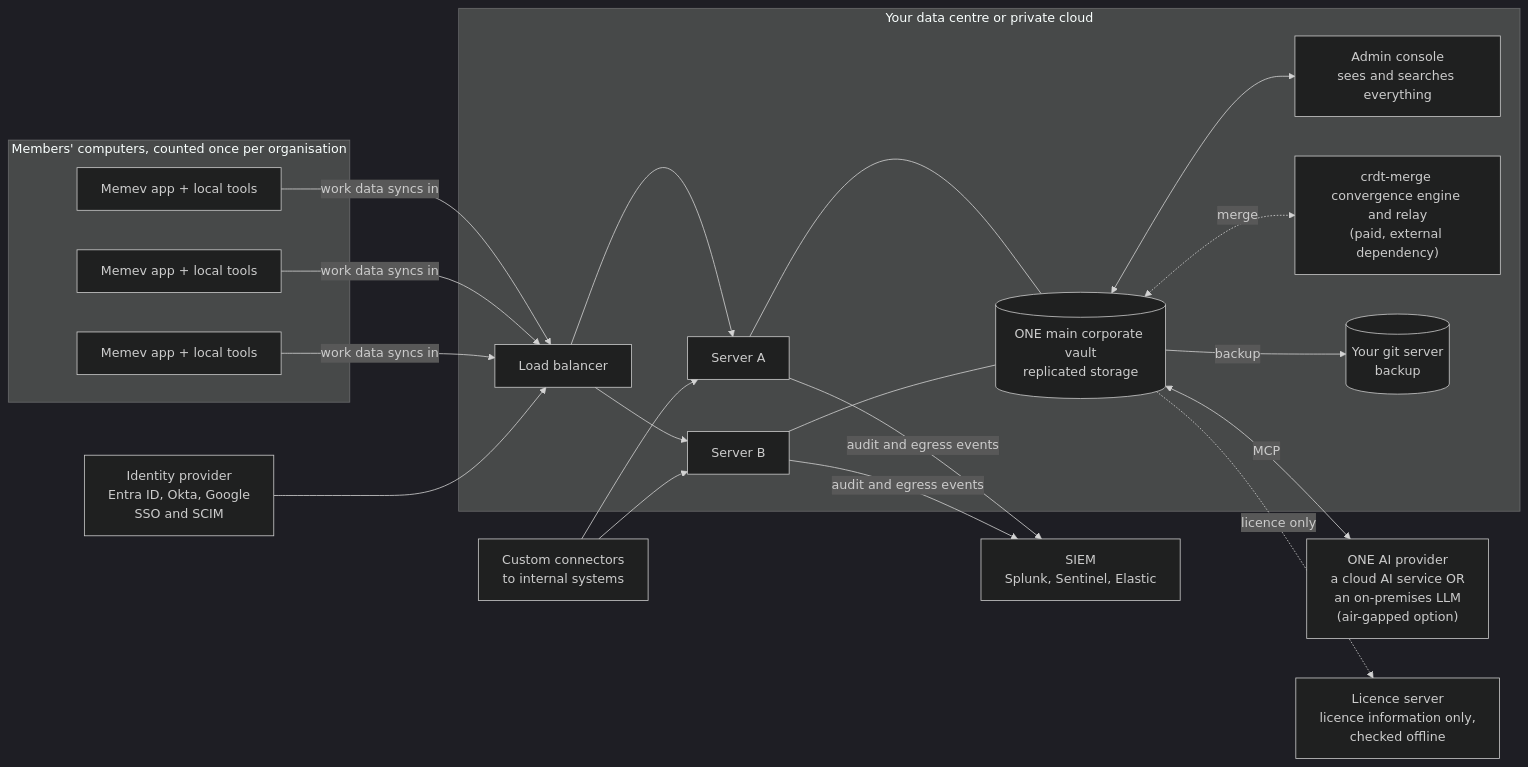
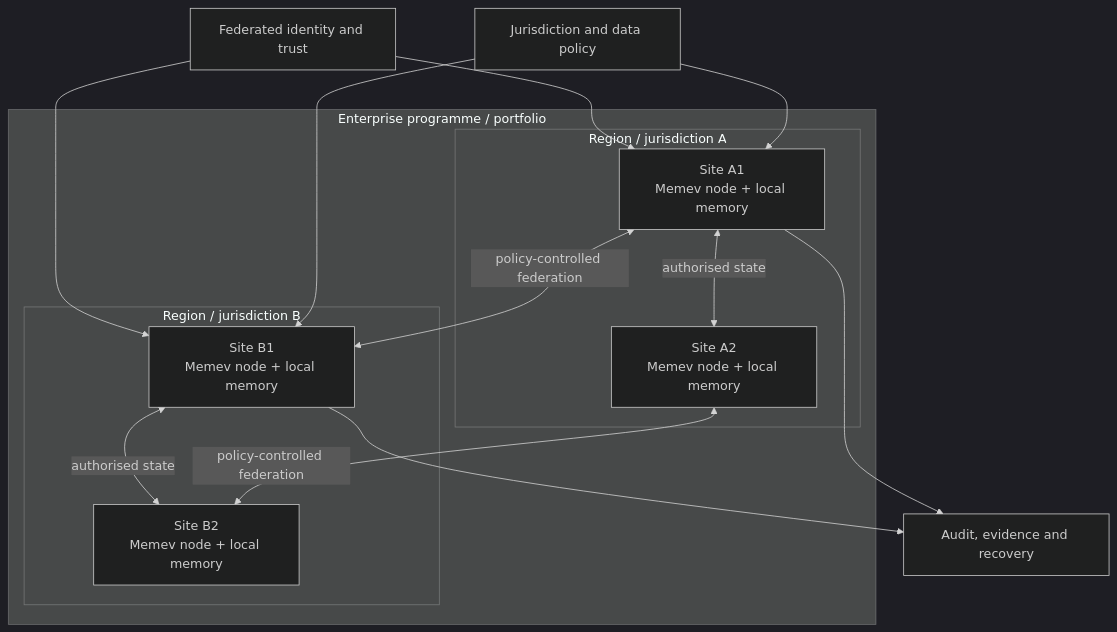
One commit to mgillr/memev changed the diagram in docs/tiers/corporate.md. Above: the diagram before and after it, drawn with Mermaid (dark theme). The commit also changed other lines of this file, not shown here.

Commit message:
docs: redefine corporate tier for multi-site federation (mgillr)

````diff
--- a/docs/tiers/corporate.md
+++ b/docs/tiers/corporate.md
@@ -26,34 +21,26 @@
 ```mermaid
-flowchart LR
-    subgraph members["Members' computers, counted once per organisation"]
-        ma["Memev app + local tools"]
-        mb["Memev app + local tools"]
-        mc["Memev app + local tools"]
+flowchart TB
+  subgraph portfolio["Enterprise programme / portfolio"]
+    subgraph regionA["Region / jurisdiction A"]
+      a1["Site A1<br/>Memev node + local memory"]
+      a2["Site A2<br/>Memev node + local memory"]
+      a1 <-->|"authorised state"| a2
     end
-    subgraph dc["Your data centre or private cloud"]
-        lb["Load balancer"]
-        hubA["Server A"]
-        hubB["Server B"]
-        store[("ONE main corporate vault<br/>replicated storage")]
-        admin["Admin console<br/>sees and searches everything"]
-        engine["crdt-merge convergence engine and relay<br/>(paid, external dependency)"]
-        gitsrv[("Your git server<br/>backup")]
-        lb --> hubA & hubB
-        hubA & hubB --- store
-        store -->|backup| gitsrv
-        store <--> admin
-        store <-.->|merge| engine
+    subgraph regionB["Region / jurisdiction B"]
+      b1["Site B1<br/>Memev node + local memory"]
+      b2["Site B2<br/>Memev node + local memory"]
+      b1 <-->|"authorised state"| b2
     end
-    provider["ONE AI provider<br/>a cloud AI service OR<br/>an on-premises LLM<br/>(air-gapped option)"]
-    idp["Identity provider<br/>Entra ID, Okta, Google<br/>SSO and SCIM"]
-    siem["SIEM<br/>Splunk, Sentinel, Elastic"]
-    lic["Licence server<br/>licence information only,<br/>checked offline"]
-    custom["Custom connectors<br/>to internal systems"]
-
-    ma & mb & mc -->|"work data syncs in"| lb
-    idp --> lb
-    store <-->|"MCP"| provider
-    hubA & hubB -->|"audit and egress events"| siem
-    store -.->|"licence only"| lic
-    custom --> hubA & hubB
+    a1 <-->|"policy-controlled federation"| b1
+    a2 <-->|"policy-controlled federation"| b2
+  end
+  idp["Federated identity and trust"]
+  policy["Jurisdiction and data policy"]
+  audit["Audit, evidence and recovery"]
+  idp --> a1
+  idp --> b1
+  policy --> a1
+  policy --> b1
+  a1 --> audit
+  b1 --> audit
 ```
````
